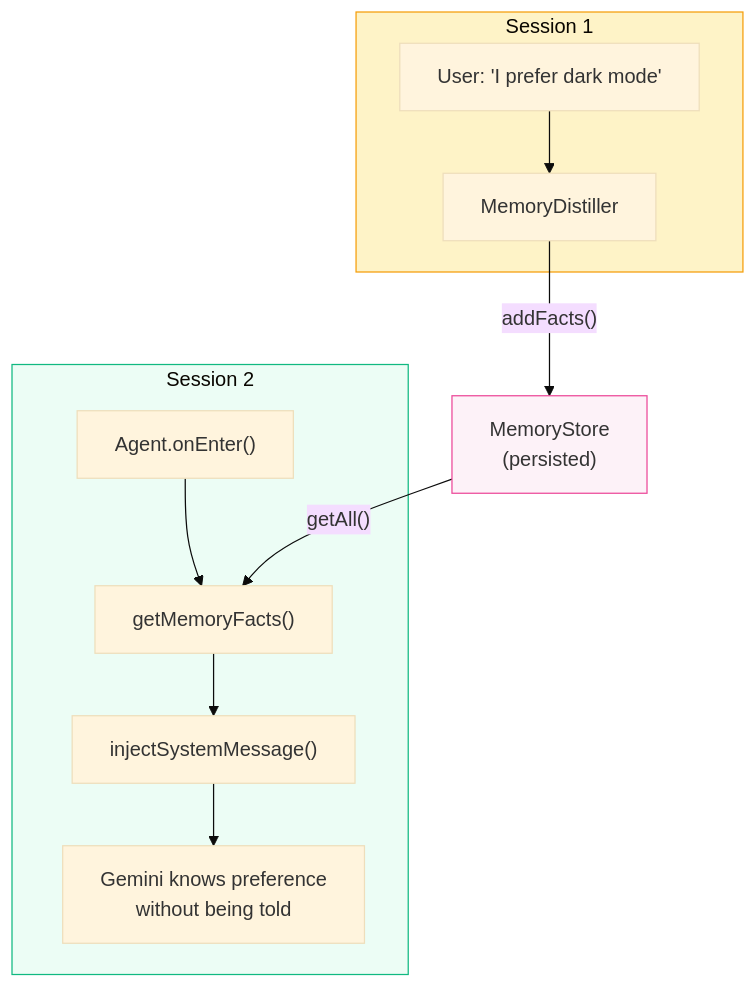
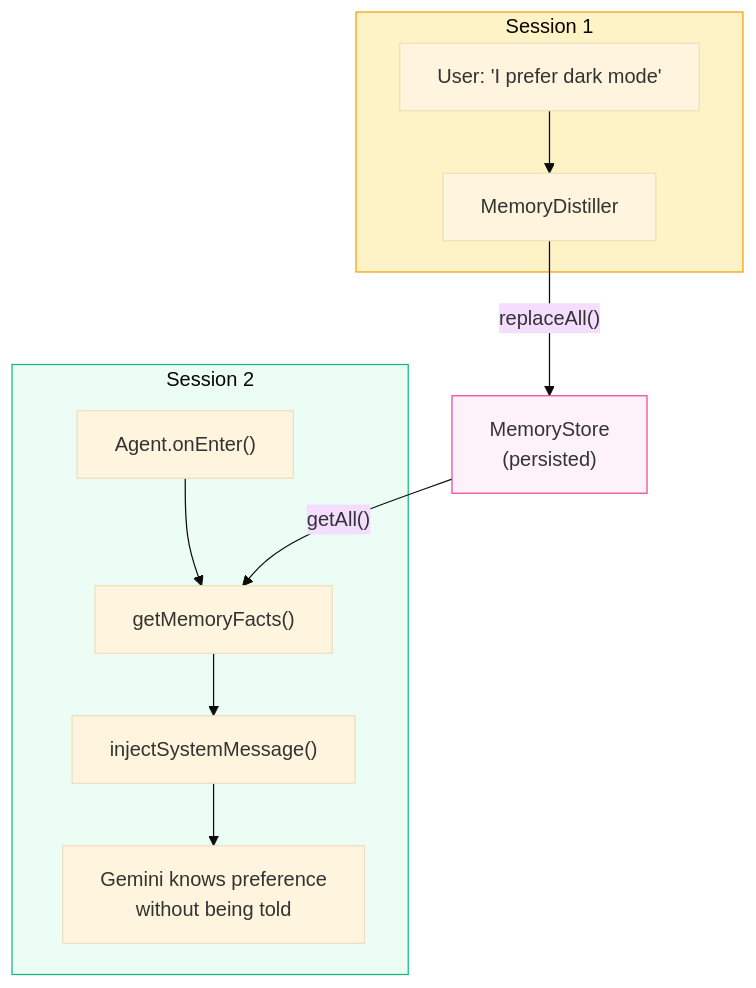
Diagram 11 of 11 in docs/guide/architecture.md (randombet/bodhi_realtime_agent), drawn with Mermaid (base theme) before and after one commit. The commit also changed 16 other files, not shown here.

First line of the commit message:
feat: replace MarkdownMemoryStore with JsonMemoryStore, add merge-on-write extraction

````diff
--- a/docs/guide/architecture.md
+++ b/docs/guide/architecture.md
@@ -312,24 +312,24 @@
 ```mermaid
 graph TB
     subgraph Session1["Session 1"]
         U1["User: 'I prefer dark mode'"]
         MD1["MemoryDistiller"]
         U1 --> MD1
     end
 
-    MD1 -->|"addFacts()"| MS2["MemoryStore<br/>(persisted)"]
+    MD1 -->|"replaceAll()"| MS2["MemoryStore<br/>(persisted)"]
 
     subgraph Session2["Session 2"]
         OE["Agent.onEnter()"]
         GM["getMemoryFacts()"]
         INJ2["injectSystemMessage()"]
         GEM["Gemini knows preference<br/>without being told"]
         OE --> GM --> INJ2 --> GEM
     end
 
     MS2 -->|"getAll()"| GM
 
     style Session1 fill:#fef3c7,stroke:#f59e0b
     style Session2 fill:#ecfdf5,stroke:#10b981
     style MS2 fill:#fdf2f8,stroke:#ec4899
 ```
````
